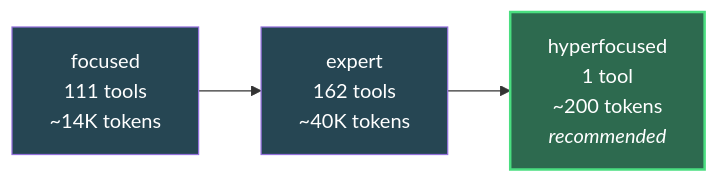
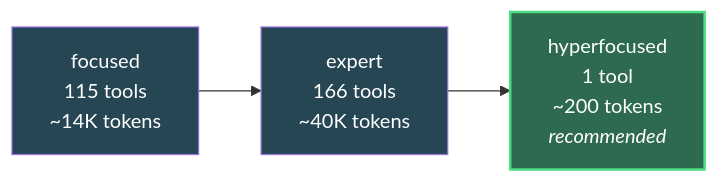
The third of 3 diagrams in _fork-root/README.md (StormShynn/vibing-steampunk), drawn with Mermaid before and after one commit. The commit also changed other lines of this file and 10 other files, not shown here.

First line of the commit message:
feat: update tool counts to 115 focused and 166 expert

````diff
--- a/_fork-root/README.md
+++ b/_fork-root/README.md
@@ -1532,8 +1532,8 @@
 ```mermaid
 graph LR
-    F["focused<br/>111 tools<br/>~14K tokens"] --> E["expert<br/>162 tools<br/>~40K tokens"]
+    F["focused<br/>115 tools<br/>~14K tokens"] --> E["expert<br/>166 tools<br/>~40K tokens"]
     E --> H["hyperfocused<br/>1 tool<br/>~200 tokens<br/><i>recommended</i>"]
     style H fill:#2d6a4f,color:#fff,stroke:#4ade80,stroke-width:2px
     style F fill:#264653,color:#fff
     style E fill:#264653,color:#fff
 ```
````
